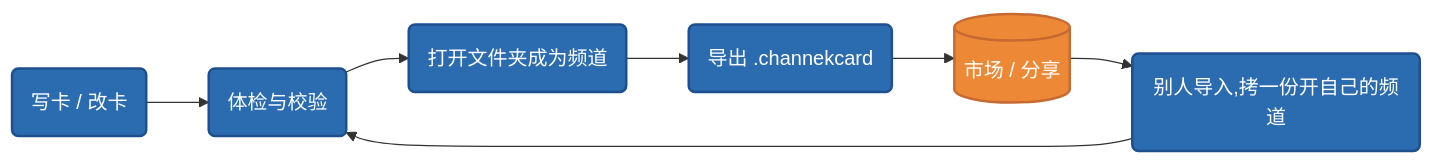
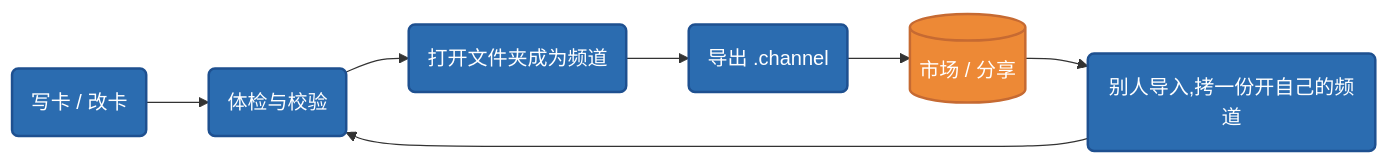
One commit to garveyhu/channek-docs changed the diagram in site/docs/style-card/concepts/card-lifecycle.md. Above: the diagram before and after it, drawn with Mermaid. The commit also changed other lines of this file and 36 other files, not shown here.

````diff
--- a/site/docs/style-card/concepts/card-lifecycle.md
+++ b/site/docs/style-card/concepts/card-lifecycle.md
@@ -36,12 +36,12 @@
 ```mermaid
 graph LR
     classDef stage fill:#2B6CB0,stroke:#1E5090,stroke-width:2px,color:#fff
     classDef store fill:#ED8936,stroke:#C66A32,stroke-width:2px,color:#fff
 
     A("写卡 / 改卡"):::stage --> B("体检与校验"):::stage
     B --> C("打开文件夹成为频道"):::stage
-    C --> D("导出 .channekcard"):::stage
+    C --> D("导出 .channel"):::stage
     D --> E[("市场 / 分享")]:::store
     E --> F("别人导入,拷一份开自己的频道"):::stage
     F --> B
 ```
````
